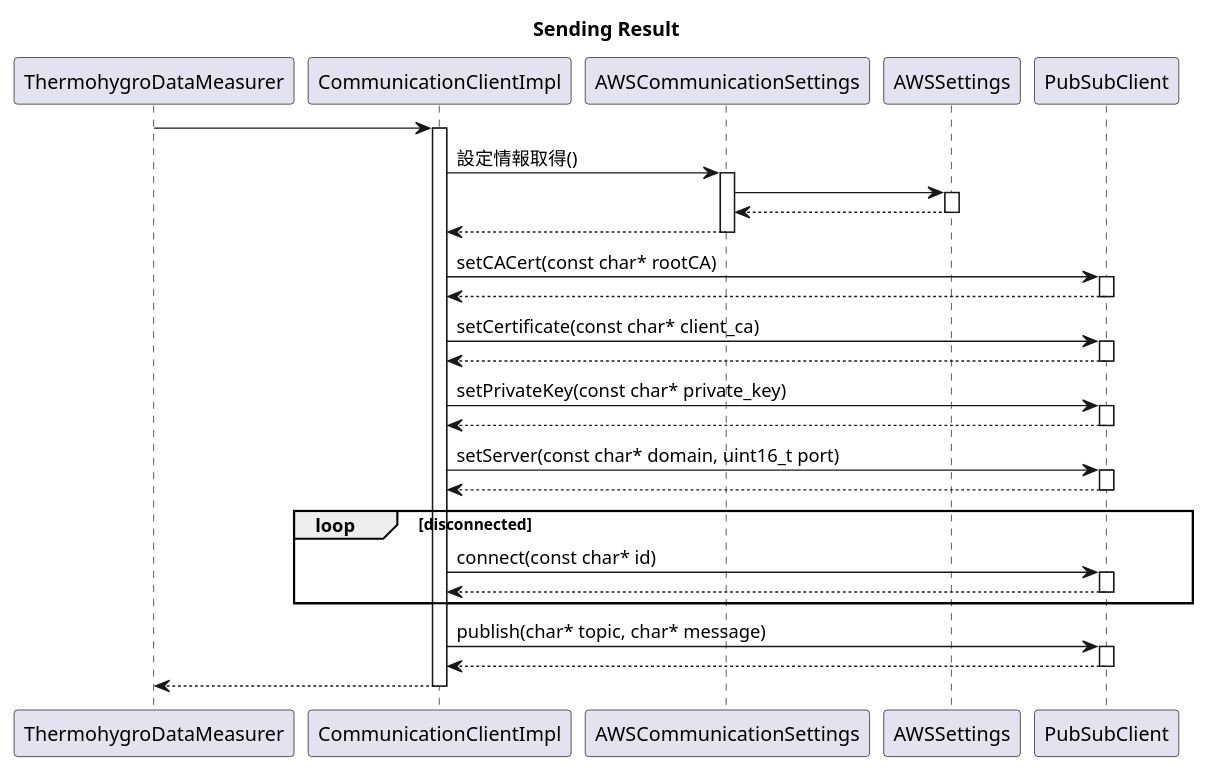
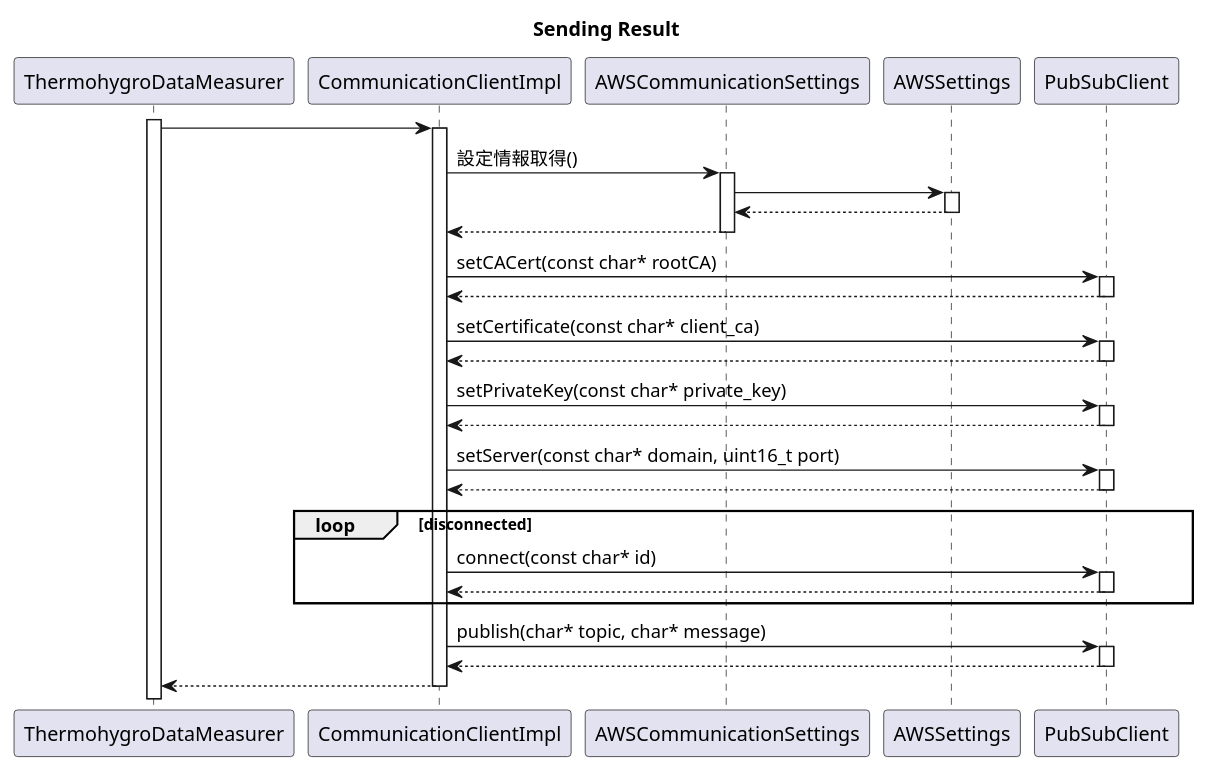
The diagram in DesignDocs/M5StackThermohygrometer/sequence_diagram_sending_result.pu (chukeblo/thermohygrometer), drawn with PlantUML before and after one commit.

Commit message:
disable autoactivate mode

```diff
--- a/DesignDocs/M5StackThermohygrometer/sequence_diagram_sending_result.pu
+++ b/DesignDocs/M5StackThermohygrometer/sequence_diagram_sending_result.pu
@@ -1,34 +1,42 @@
 @startuml Sending Result
 title Sending Result
-
-autoactivate on
 
 participant ThermohygroDataMeasurer
 participant CommunicationClientImpl
 participant AWSCommunicationSettings
 participant AWSSettings
 participant PubSubClient
 
+activate ThermohygroDataMeasurer
 ThermohygroDataMeasurer -> CommunicationClientImpl
+activate CommunicationClientImpl
 CommunicationClientImpl -> AWSCommunicationSettings: 設定情報取得()
+activate AWSCommunicationSettings
 AWSCommunicationSettings -> AWSSettings
+activate AWSSettings
 return
 return
 CommunicationClientImpl -> PubSubClient: setCACert(const char* rootCA)
+activate PubSubClient
 return
 CommunicationClientImpl -> PubSubClient: setCertificate(const char* client_ca)
+activate PubSubClient
 return
 CommunicationClientImpl -> PubSubClient: setPrivateKey(const char* private_key)
+activate PubSubClient
 return
 CommunicationClientImpl -> PubSubClient: setServer(const char* domain, uint16_t port)
+activate PubSubClient
 return
 
 loop disconnected
     CommunicationClientImpl -> PubSubClient: connect(const char* id)
+    activate PubSubClient
     return
 end
 CommunicationClientImpl -> PubSubClient: publish(char* topic, char* message)
+activate PubSubClient
 return
 return
 
 @enduml
```
